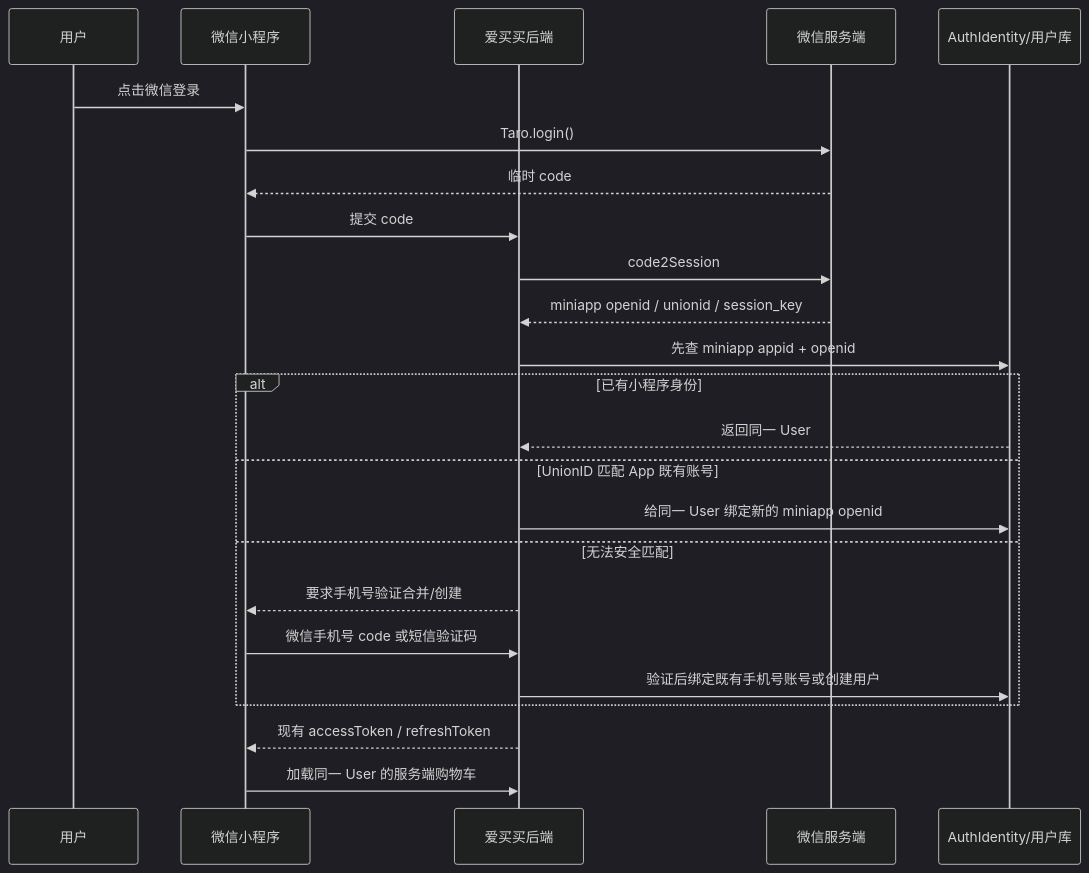
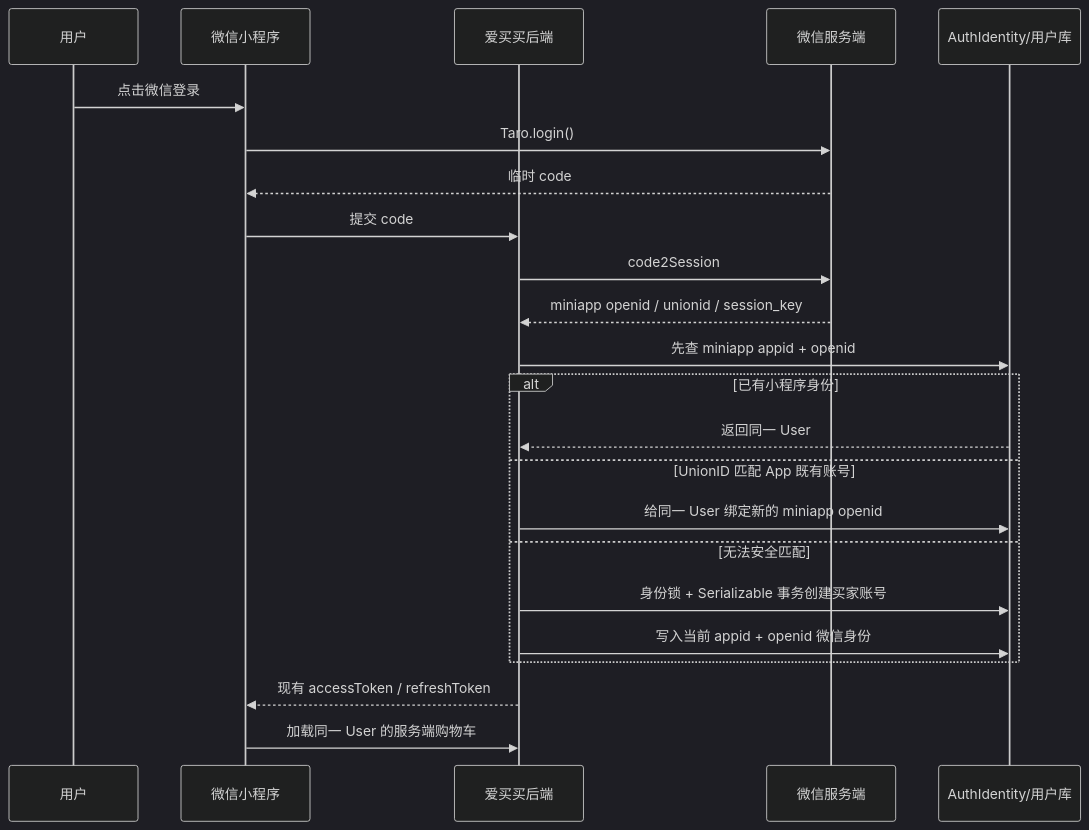
The second of 2 diagrams in docs/architecture/wechat-mini-program.md (flyspaceden/aimaimia), drawn with Mermaid (dark theme) before and after one commit. The commit also changed other lines of this file and 13 other files, not shown here.

````diff
--- a/docs/architecture/wechat-mini-program.md
+++ b/docs/architecture/wechat-mini-program.md
@@ -273,27 +271,26 @@
 ```mermaid
 sequenceDiagram
     participant U as 用户
     participant M as 微信小程序
     participant B as 爱买买后端
     participant W as 微信服务端
     participant D as AuthIdentity/用户库
 
     U->>M: 点击微信登录
     M->>W: Taro.login()
     W-->>M: 临时 code
     M->>B: 提交 code
     B->>W: code2Session
     W-->>B: miniapp openid / unionid / session_key
     B->>D: 先查 miniapp appid + openid
     alt 已有小程序身份
         D-->>B: 返回同一 User
     else UnionID 匹配 App 既有账号
         B->>D: 给同一 User 绑定新的 miniapp openid
     else 无法安全匹配
-        B-->>M: 要求手机号验证合并/创建
-        M->>B: 微信手机号 code 或短信验证码
-        B->>D: 验证后绑定既有手机号账号或创建用户
+        B->>D: 身份锁 + Serializable 事务创建买家账号
+        B->>D: 写入当前 appid + openid 微信身份
     end
     B-->>M: 现有 accessToken / refreshToken
     M->>B: 加载同一 User 的服务端购物车
 ```
````
